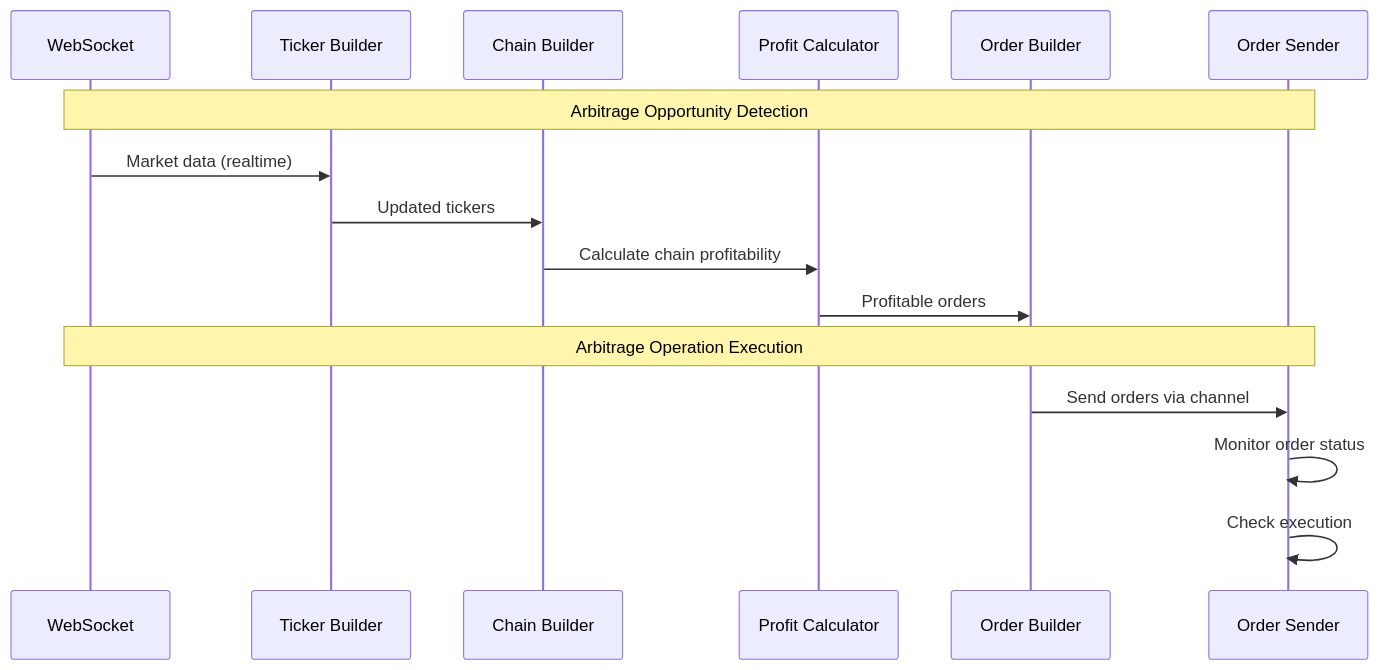
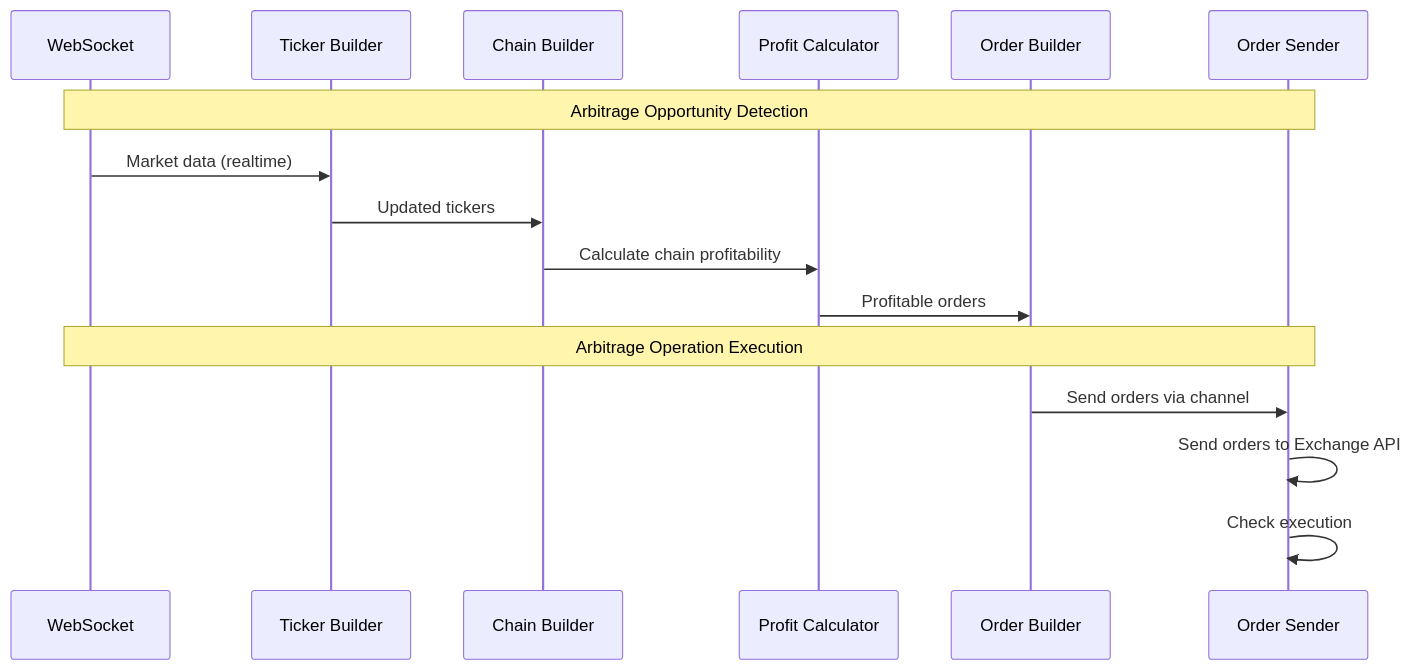
One commit to mkbeh/arb-bot-rs changed the fifth of 6 diagrams in README.md. Above: the diagram before and after it, drawn with Mermaid.

````diff
--- a/README.md
+++ b/README.md
@@ -217,18 +217,18 @@
 ```mermaid
 sequenceDiagram
     participant W as WebSocket
     participant T as Ticker Builder
     participant C as Chain Builder
     participant P as Profit Calculator
     participant O as Order Builder
     participant S as Order Sender
     Note over W, S: Arbitrage Opportunity Detection
     W ->> T: Market data (realtime)
     T ->> C: Updated tickers
     C ->> P: Calculate chain profitability
     P ->> O: Profitable orders
     Note over W, S: Arbitrage Operation Execution
     O ->> S: Send orders via channel
-    S ->> S: Monitor order status
+    S ->> S: Send orders to Exchange API
     S ->> S: Check execution
 ```
````
